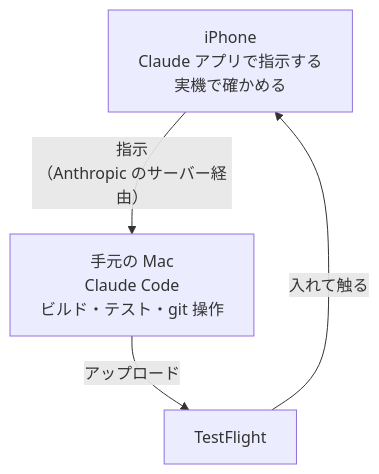
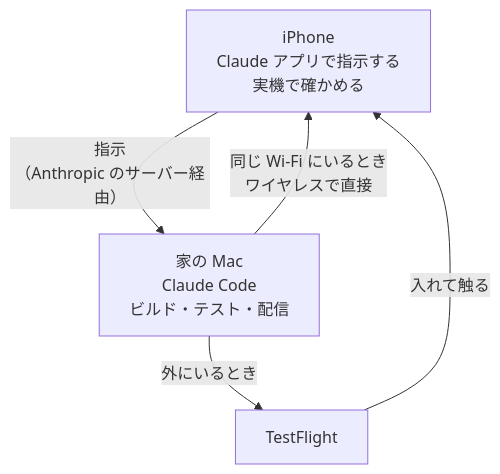
One commit to kwmt/zenn-content changed the diagram in articles/mobile-dev-from-phone-with-claude.md. Above: the diagram before and after it, drawn with Mermaid. The commit also changed other lines of this file, not shown here.

First line of the commit message:
📝 reorder after the conclusion: prep, then the flow

````diff
--- a/articles/mobile-dev-from-phone-with-claude.md
+++ b/articles/mobile-dev-from-phone-with-claude.md
@@ -32,10 +32,11 @@
 ```mermaid
 graph TD
     Phone["iPhone<br/>Claude アプリで指示する<br/>実機で確かめる"]
-    Mac["手元の Mac<br/>Claude Code<br/>ビルド・テスト・git 操作"]
+    Mac["家の Mac<br/>Claude Code<br/>ビルド・テスト・配信"]
     TF["TestFlight"]
 
     Phone -->|"指示<br/>（Anthropic のサーバー経由）"| Mac
-    Mac -->|"アップロード"| TF
+    Mac -->|"外にいるとき"| TF
     TF -->|"入れて触る"| Phone
+    Mac -->|"同じ Wi-Fi にいるとき<br/>ワイヤレスで直接"| Phone
 ```
````
